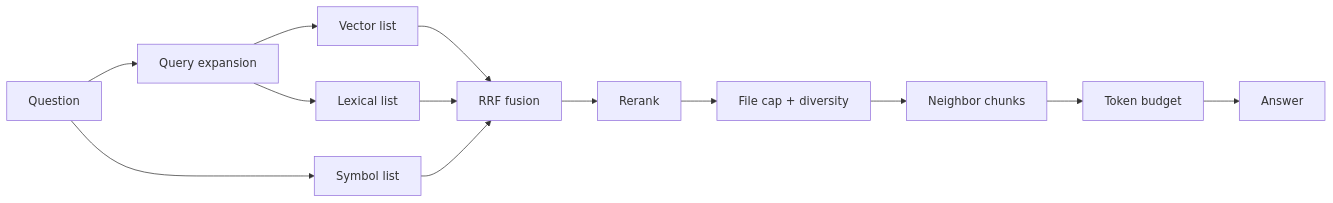
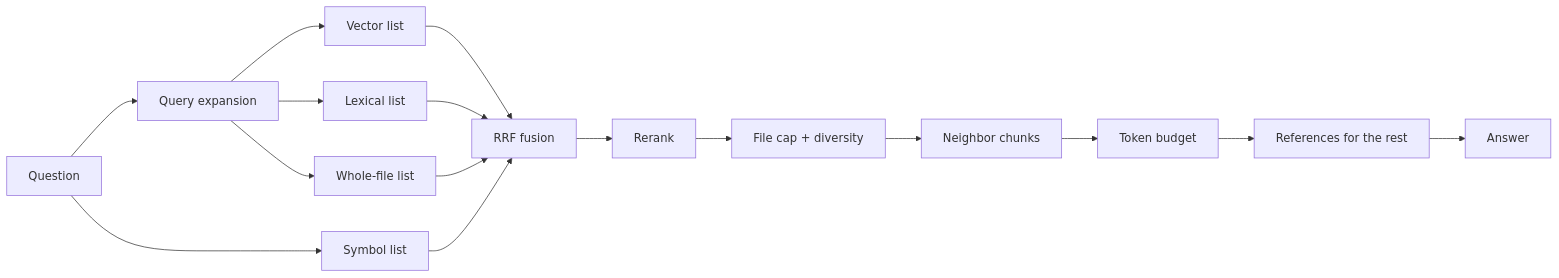
Before and after one commit to pedrojr/ragnar: the diagram in docs/retrieval.md, drawn with Mermaid. The commit also changed other lines of this file and 15 other files, not shown here.

````diff
--- a/docs/retrieval.md
+++ b/docs/retrieval.md
@@ -9,15 +9,18 @@
 ```mermaid
 flowchart LR
     q[Question] --> x[Query expansion]
     x --> v[Vector list]
     x --> l[Lexical list]
+    x --> w[Whole-file list]
     q --> s[Symbol list]
     v --> f[RRF fusion]
     l --> f
+    w --> f
     s --> f
     f --> r[Rerank]
     r --> d[File cap + diversity]
     d --> n[Neighbor chunks]
     n --> b[Token budget]
-    b --> a[Answer]
+    b --> c[References for the rest]
+    c --> a[Answer]
 ```
````
